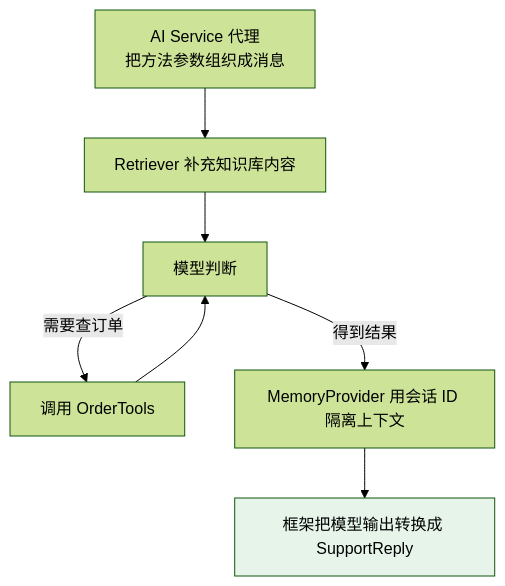
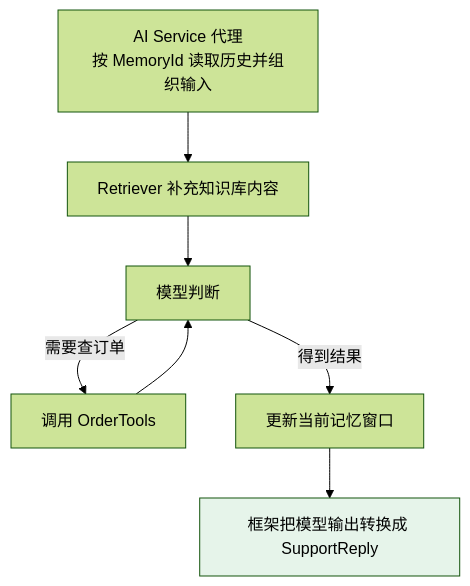
Before and after one commit to oneleaveknowsthefall/awesome-ai-roadmap: the first of 2 diagrams in docs/frameworks/01-langchain/03-ecosystem/08-langchain4j.md, drawn with Mermaid (forest theme). The commit also changed other lines of this file and 61 other files, not shown here.

````diff
--- a/docs/frameworks/01-langchain/03-ecosystem/08-langchain4j.md
+++ b/docs/frameworks/01-langchain/03-ecosystem/08-langchain4j.md
@@ -119,11 +125,11 @@
 ```mermaid
 flowchart TB
-    A["AI Service 代理<br/>把方法参数组织成消息"] --> B["Retriever 补充知识库内容"]
+    A["AI Service 代理<br/>按 MemoryId 读取历史并组织输入"] --> B["Retriever 补充知识库内容"]
     B --> C["模型判断"]
     C -->|需要查订单| D["调用 OrderTools"]
     D --> C
-    C -->|得到结果| E["MemoryProvider 用会话 ID 隔离上下文"]
+    C -->|得到结果| E["更新当前记忆窗口"]
     E --> F["框架把模型输出转换成 SupportReply"]
 
     style F fill:#e6f4ea
 ```
````
